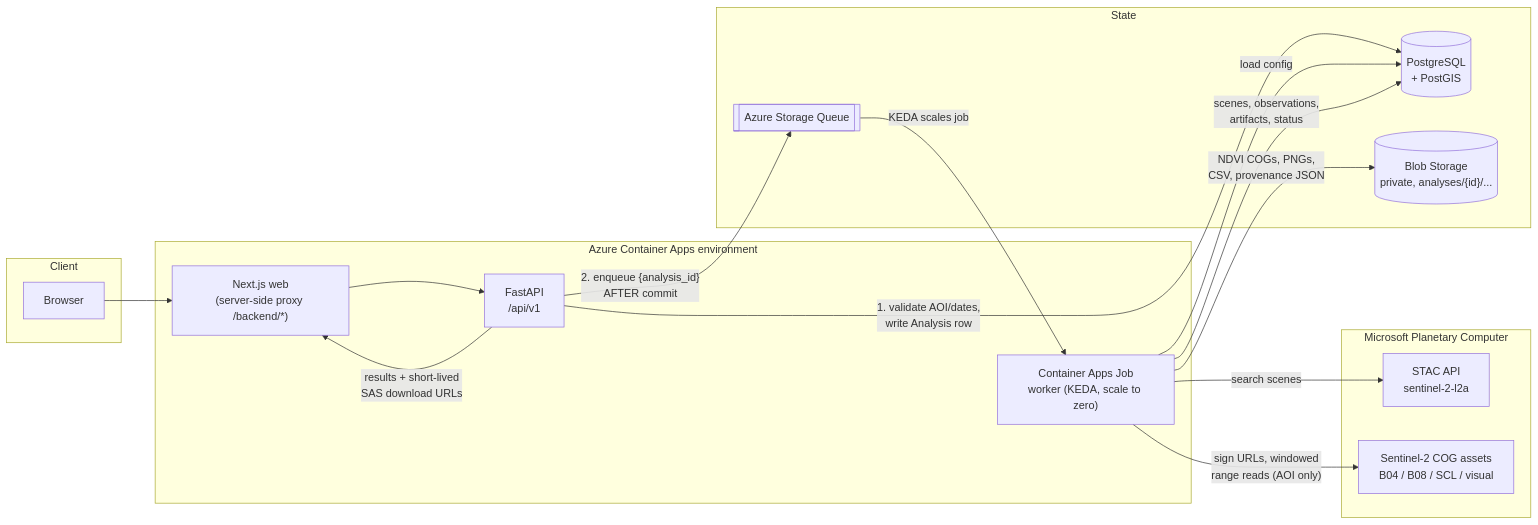
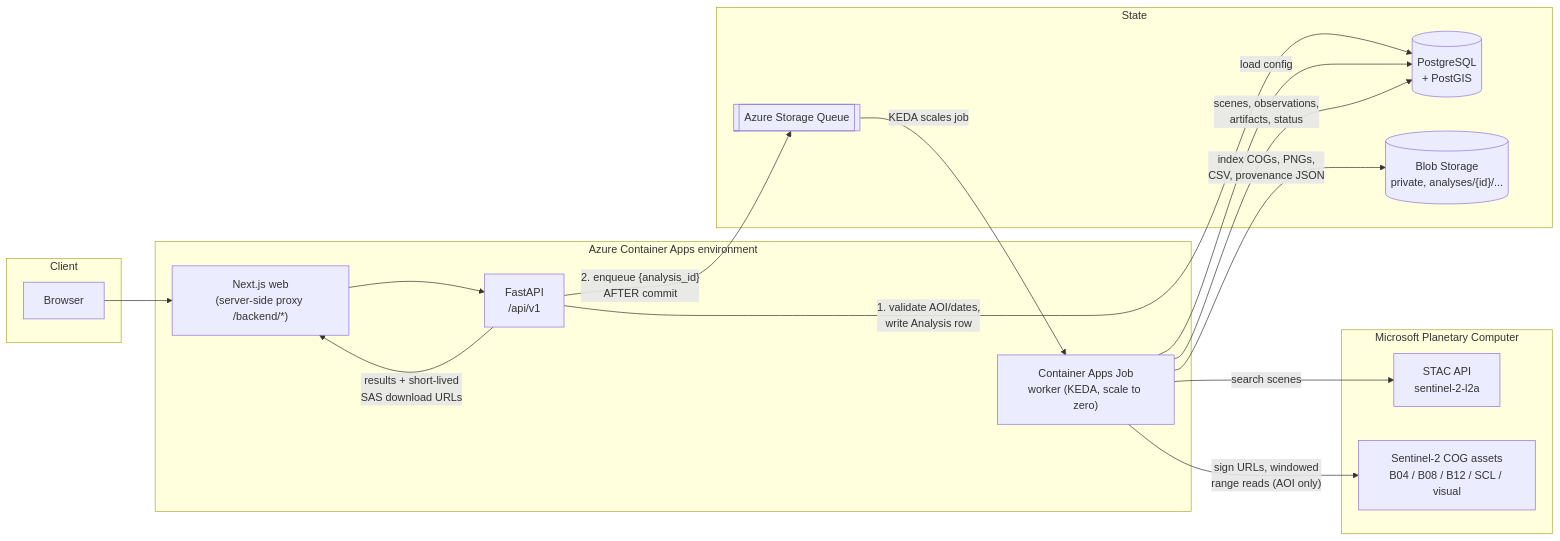
Before and after one commit to raveheart1/Orbital-Earth-Observation-Platform: the first of 2 diagrams in docs/architecture.md, drawn with Mermaid. The commit also changed other lines of this file and 75 other files, not shown here.

````diff
--- a/docs/architecture.md
+++ b/docs/architecture.md
@@ -47,31 +52,31 @@
 ```mermaid
 flowchart LR
     subgraph client [Client]
         B[Browser]
     end
     subgraph azure [Azure Container Apps environment]
         W["Next.js web\n(server-side proxy /backend/*)"]
         A["FastAPI\n/api/v1"]
         J["Container Apps Job\nworker (KEDA, scale to zero)"]
     end
     subgraph state [State]
         PG[("PostgreSQL\n+ PostGIS")]
         Q[["Azure Storage Queue"]]
         BL[("Blob Storage\nprivate, analyses/{id}/...")]
     end
     subgraph pc [Microsoft Planetary Computer]
         S["STAC API\nsentinel-2-l2a"]
-        C["Sentinel-2 COG assets\nB04 / B08 / SCL / visual"]
+        C["Sentinel-2 COG assets\nB04 / B08 / B12 / SCL / visual"]
     end
 
     B --> W --> A
     A -->|"1. validate AOI/dates,\nwrite Analysis row"| PG
     A -->|"2. enqueue {analysis_id}\nAFTER commit"| Q
     Q -->|KEDA scales job| J
     J -->|load config| PG
     J -->|search scenes| S
     J -->|"sign URLs, windowed\nrange reads (AOI only)"| C
-    J -->|"NDVI COGs, PNGs,\nCSV, provenance JSON"| BL
+    J -->|"index COGs, PNGs,\nCSV, provenance JSON"| BL
     J -->|"scenes, observations,\nartifacts, status"| PG
     A -->|"results + short-lived\nSAS download URLs"| W
 ```
````
